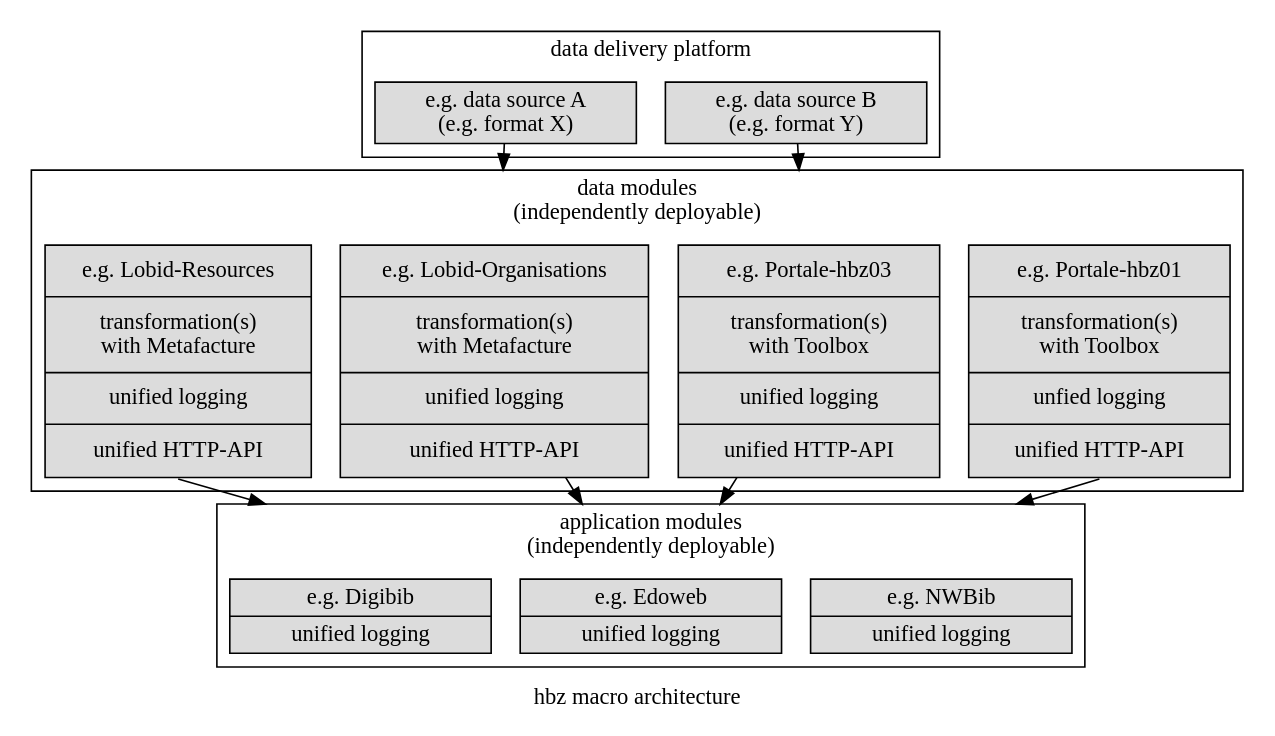
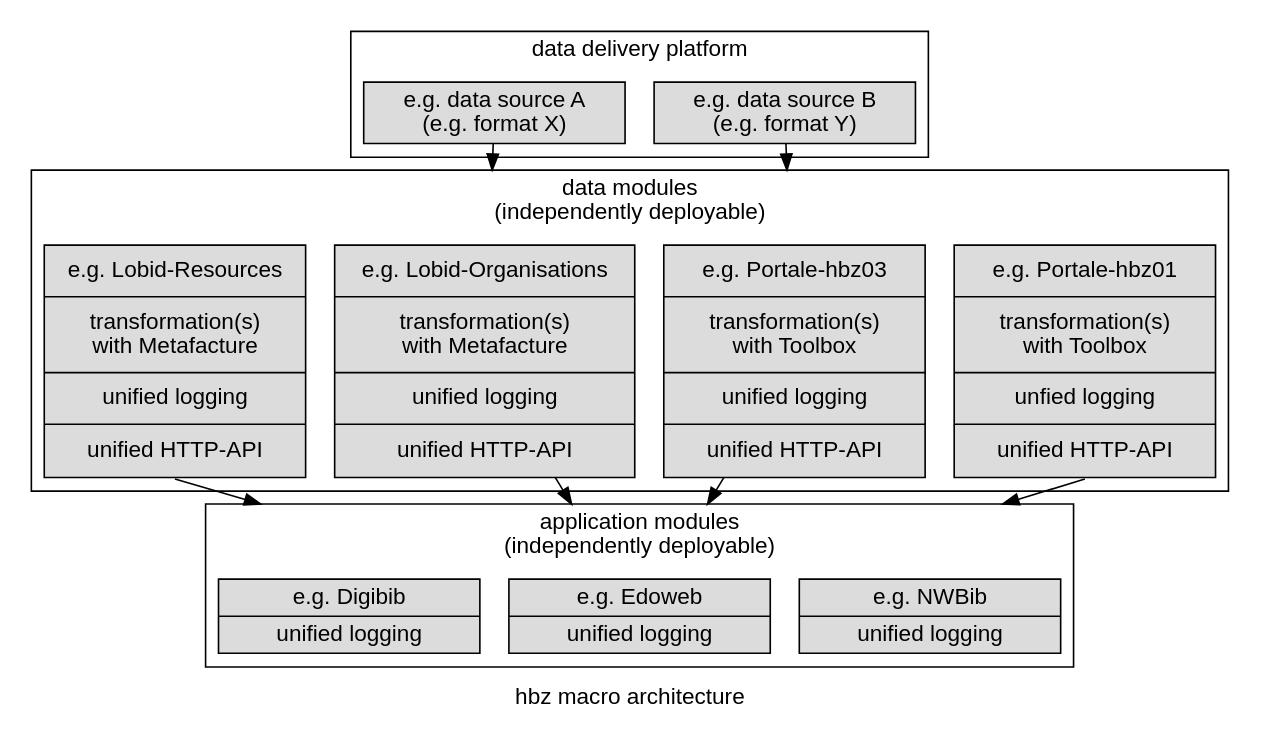
The diagram in figures/macro.dot (hbz/hbz.github.com), drawn with Graphviz before and after one commit. The commit also changed 7 other files, not shown here.

```diff
--- a/figures/macro.dot
+++ b/figures/macro.dot
@@ -1,37 +1,38 @@
 digraph makro {
 
 	splines=false;
-	node[shape=record width=2.25 style=filled fillcolor=gainsboro]
-	graph[compound=true]
+	node[shape=record width=2.25 style=filled fillcolor=gainsboro fontname=helvetica]
+	graph[compound=true fontname=helvetica]
+	edge[fontname=helvetica]
 	label="hbz macro architecture" 
 	
 	subgraph cluster_datenquellen {
 		label="data delivery platform"
 		files[label="e.g. data source B\n(e.g. format Y)"]
 		sonstige[label="e.g. data source A\n (e.g. format X)"]  
 	}
 	
 	subgraph cluster_datenmodule {
 		label="data modules\n(independently deployable)"
 		portale_hbz01[height=2 label="{e.g. Portale-hbz01|transformation(s)\n with Toolbox|unfied logging|unified HTTP-API}"]
 		lobid_organisations[height=2 label="{e.g. Lobid-Organisations|transformation(s)\n with Metafacture|unified logging|unified HTTP-API}"]
 		portale_hbz03[height=2 label="{e.g. Portale-hbz03|transformation(s)\n with Toolbox|unified logging|unified HTTP-API}"]
 		lobid_resources[height=2 label="{e.g. Lobid-Resources|transformation(s)\n with Metafacture|unified logging|unified HTTP-API}"]
 		
 		sonstige->lobid_organisations[lhead=cluster_datenmodule]
 		files->portale_hbz03[lhead=cluster_datenmodule]
 	}
 	
 	subgraph cluster_applikationsmodule {
 		label="application modules\n(independently deployable)"
 		nwbib[label="{e.g. NWBib|unified logging}"]
 		edoweb[label="{e.g. Edoweb|unified logging}"]
 		digibib[label="{e.g. Digibib|unified logging}"]
 		
 		portale_hbz01->edoweb[lhead=cluster_applikationsmodule tailport="s"]
 		lobid_resources->edoweb[lhead=cluster_applikationsmodule tailport="s"]
 		lobid_organisations->edoweb[lhead=cluster_applikationsmodule]
 		portale_hbz03->edoweb[lhead=cluster_applikationsmodule]
 	}
 	
 }
```
